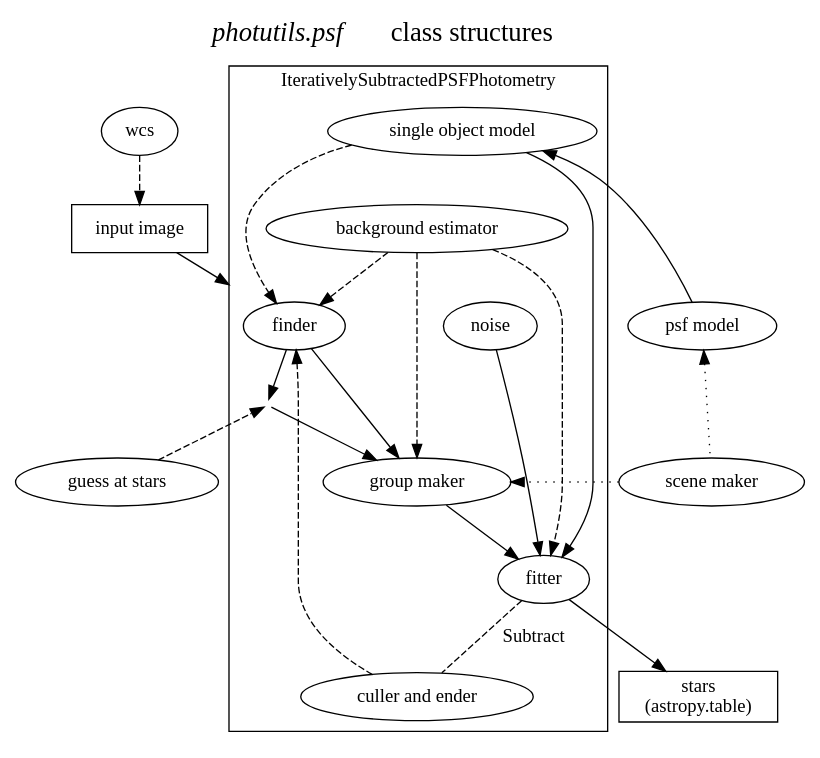
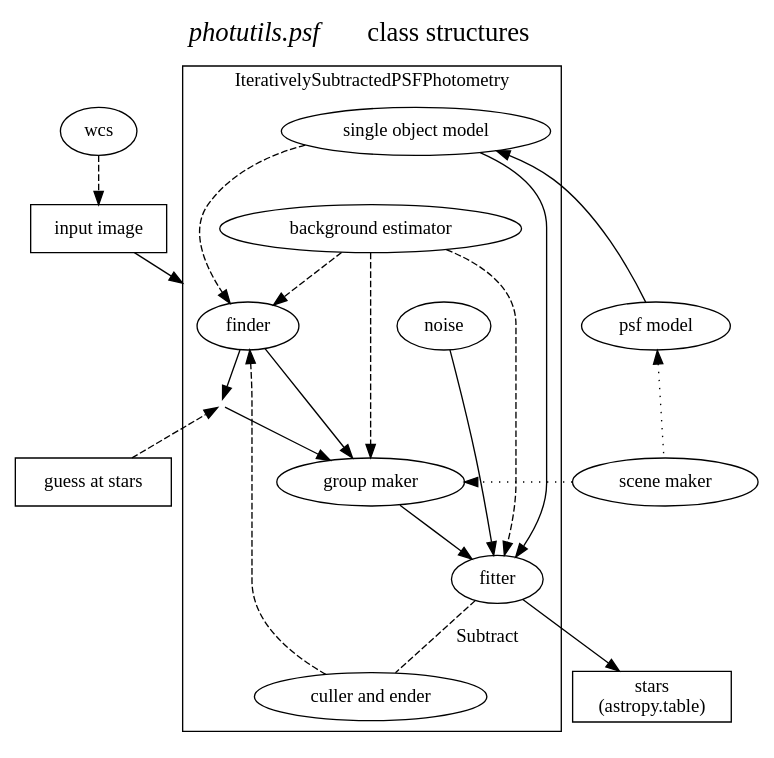
Before and after one commit to astropy/photutils: the diagram in docs/psf_spec/high_level_overview.rst, drawn with Graphviz. The commit also changed other lines of this file and 1 other file, not shown here.

```diff
--- a/docs/psf_spec/high_level_overview.rst
+++ b/docs/psf_spec/high_level_overview.rst
@@ -4,61 +30,61 @@
 .. graphviz::
 
     digraph PSFFitting {
         compound = true;
         newrank = true;
         subgraph cluster0 {
             label="IterativelySubtractedPSFPhotometry"
             f [label = "finder"];
             g [label = "group maker"];
             som [label = "single object model"];
             n [label = "noise"];
             ft [label = "fitter"];
             b [label = "background estimator"];
             c [label = "culler and ender"];
             // required to allow finder and guess to combine into group maker
             invis [shape = circle, width = .1, fixedsize = true, style = invis];
         }
 
         w [label = "wcs"];
         i [label = "input image", shape = box];
-        gs [label = "guess at stars"];
+        gs [label = "guess at stars", shape = box];
         p [label = "psf model"];
         sm [label = "scene maker"];
         st [label = "stars\n(astropy.table)", shape = box];
 
         label = <<FONT POINT-SIZE = "20"><I>photutils.psf </I>class structures</FONT>>;
         labelloc = top;
 
         w -> i [style = dashed];
         // lhead sets the arrow end at the subgraph, rather than at finder itself
         i -> f [lhead = cluster0];
         gs -> invis [style = dashed];
 
         f -> g;
         f -> invis;
         invis -> g;
         som -> f [style = dashed];
         n -> ft;
         som -> ft;
         g -> ft;
         b -> f [style = dashed];
         b -> g [style = dashed];
         b -> ft [style = dashed];
         ft -> c [style = dashed, label = "Subtract", dir = none];
         c -> f [style = dashed];
 
         i -> gs [style = invis];
         
         p -> som;
         sm -> g [style = dotted];
         ft -> st;
         // reverse arrow to put psf model above scene maker, saving space with scene
         // maker next to the middle of the main box
         p -> sm [style = dotted, dir = back];
 
         // puts things that should be at the top of the box at the top for orientation
         // and structuring; requires 'newrank' above to set subgraph items equal
         {rank = same; w; som;}
         {rank = same; p; f; n;}
         {rank = same; gs; g; sm;}
     }
```
